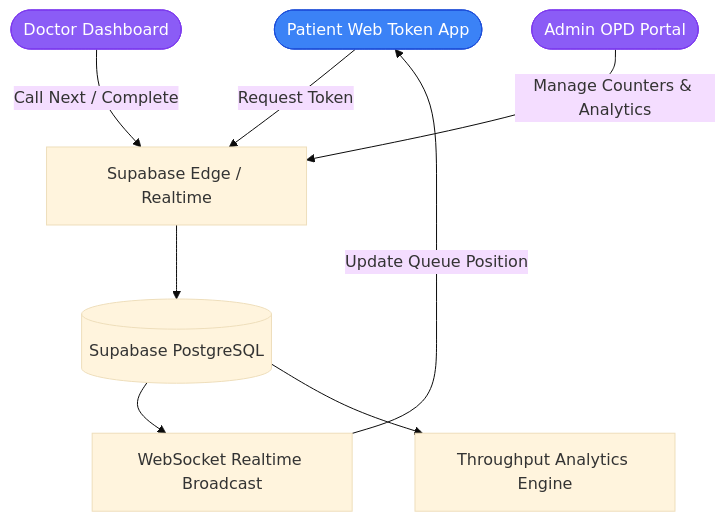
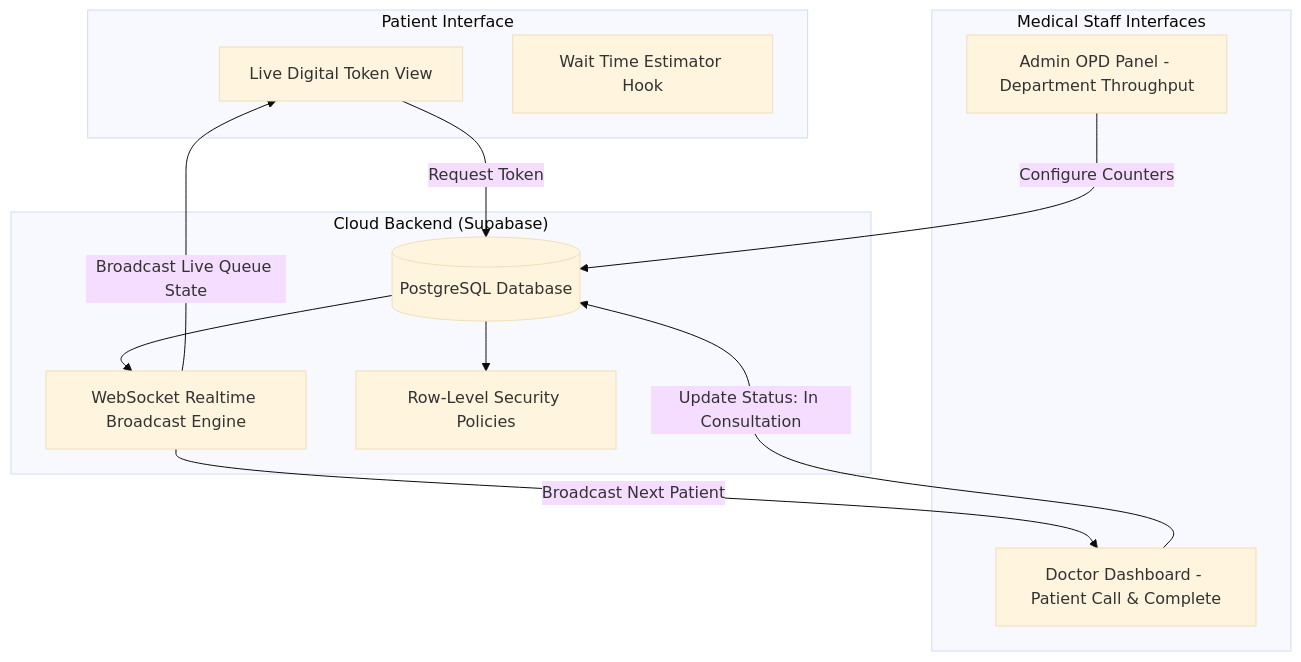
The diagram in README.md (StratagemVX/Queue-buddy-final), drawn with Mermaid (base theme) before and after one commit. The commit also changed other lines of this file, not shown here.

````diff
--- a/README.md
+++ b/README.md
@@ -29,13 +32,26 @@
 ```mermaid
 flowchart TD
-    Patient([Patient Web Token App]):::client -->|Request Token| QueueAPI[Supabase Edge / Realtime]
-    QueueAPI --> DB[(Supabase PostgreSQL)]
-    DB --> Realtime[WebSocket Realtime Broadcast]
-    Realtime -->|Update Queue Position| Patient
-    Doctor([Doctor Dashboard]):::staff -->|Call Next / Complete| QueueAPI
-    Admin([Admin OPD Portal]):::staff -->|Manage Counters & Analytics| QueueAPI
-    DB --> Analytics[Throughput Analytics Engine]
+    subgraph PatientApp["Patient Interface"]
+        TokenView[Live Digital Token View]
+        WaitTime[Wait Time Estimator Hook]
+    end
 
-    classDef client fill:#3b82f6,stroke:#1d4ed8,color:#fff;
-    classDef staff fill:#8b5cf6,stroke:#7c3aed,color:#fff;
+    subgraph StaffApp["Medical Staff Interfaces"]
+        DoctorView[Doctor Dashboard - Patient Call & Complete]
+        AdminView[Admin OPD Panel - Department Throughput]
+    end
+
+    subgraph Backend["Cloud Backend (Supabase)"]
+        Postgres[(PostgreSQL Database)]
+        RealtimeEngine[WebSocket Realtime Broadcast Engine]
+        RLS[Row-Level Security Policies]
+    end
+
+    TokenView -->|Request Token| Postgres
+    DoctorView -->|Update Status: In Consultation| Postgres
+    AdminView -->|Configure Counters| Postgres
+    Postgres --> RLS
+    Postgres --> RealtimeEngine
+    RealtimeEngine -->|Broadcast Live Queue State| TokenView
+    RealtimeEngine -->|Broadcast Next Patient| DoctorView
 ```
````
